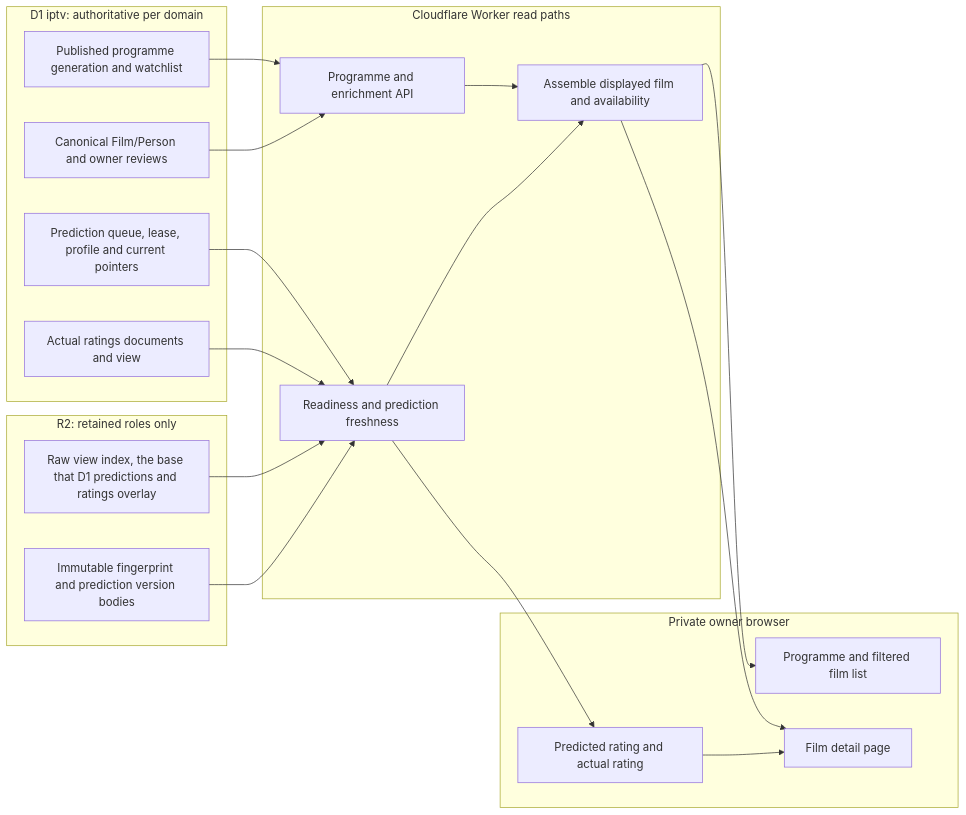
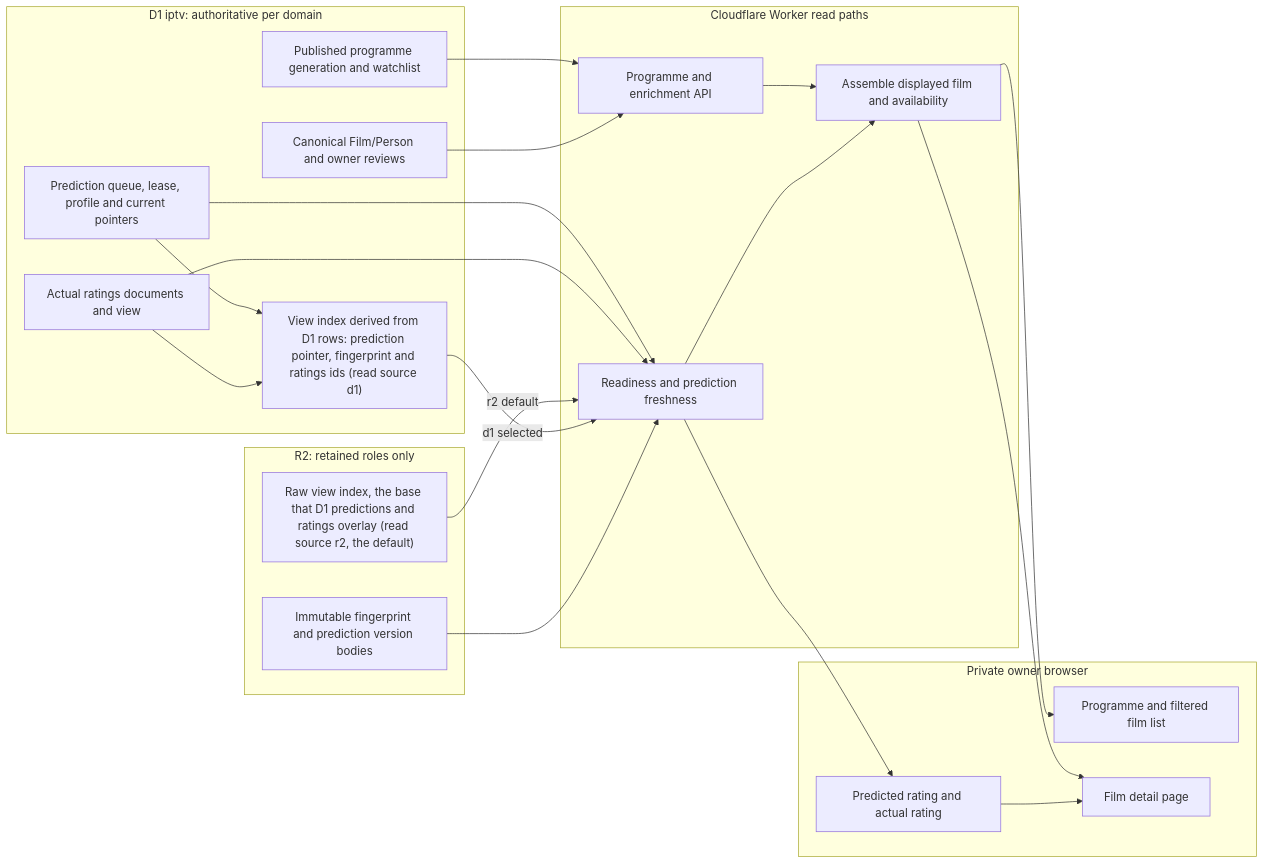
Before and after one commit to vladimino/iptv-watchlist: the first of 2 diagrams in docs/architecture/ui-and-read-models.md, drawn with Mermaid. The commit also changed other lines of this file and 27 other files, not shown here.

First line of the commit message:
AIR-552: add the dormant D1 read source of the view index (VIEW_INDEX_SOURCE)

````diff
--- a/docs/architecture/ui-and-read-models.md
+++ b/docs/architecture/ui-and-read-models.md
@@ -5,35 +5,39 @@
 ```mermaid
 flowchart LR
     subgraph Authority["D1 iptv: authoritative per domain"]
         d1pub["Published programme generation and watchlist"]
         d1canon["Canonical Film/Person and owner reviews"]
         d1pred["Prediction queue, lease, profile and current pointers"]
         d1rat["Actual ratings documents and view"]
+        d1idx["View index derived from D1 rows: prediction pointer, fingerprint and ratings ids (read source d1)"]
     end
     subgraph R2roles["R2: retained roles only"]
-        idx["Raw view index, the base that D1 predictions and ratings overlay"]
+        idx["Raw view index, the base that D1 predictions and ratings overlay (read source r2, the default)"]
         bodies["Immutable fingerprint and prediction version bodies"]
     end
     subgraph Server["Cloudflare Worker read paths"]
         api["Programme and enrichment API"]
         combine["Assemble displayed film and availability"]
         ready["Readiness and prediction freshness"]
     end
     subgraph UI["Private owner browser"]
         shortlist["Programme and filtered film list"]
         details["Film detail page"]
         ratings["Predicted rating and actual rating"]
     end
     d1pub --> api
     d1canon --> api
     d1pred --> ready
     d1rat --> ready
-    idx --> ready
+    d1pred --> d1idx
+    d1rat --> d1idx
+    idx -->|"r2 default"| ready
+    d1idx -->|"d1 selected"| ready
     bodies --> ready
     api --> combine
     ready --> combine
     combine --> shortlist
     combine --> details
     ready --> ratings
     ratings --> details
 ```
````
